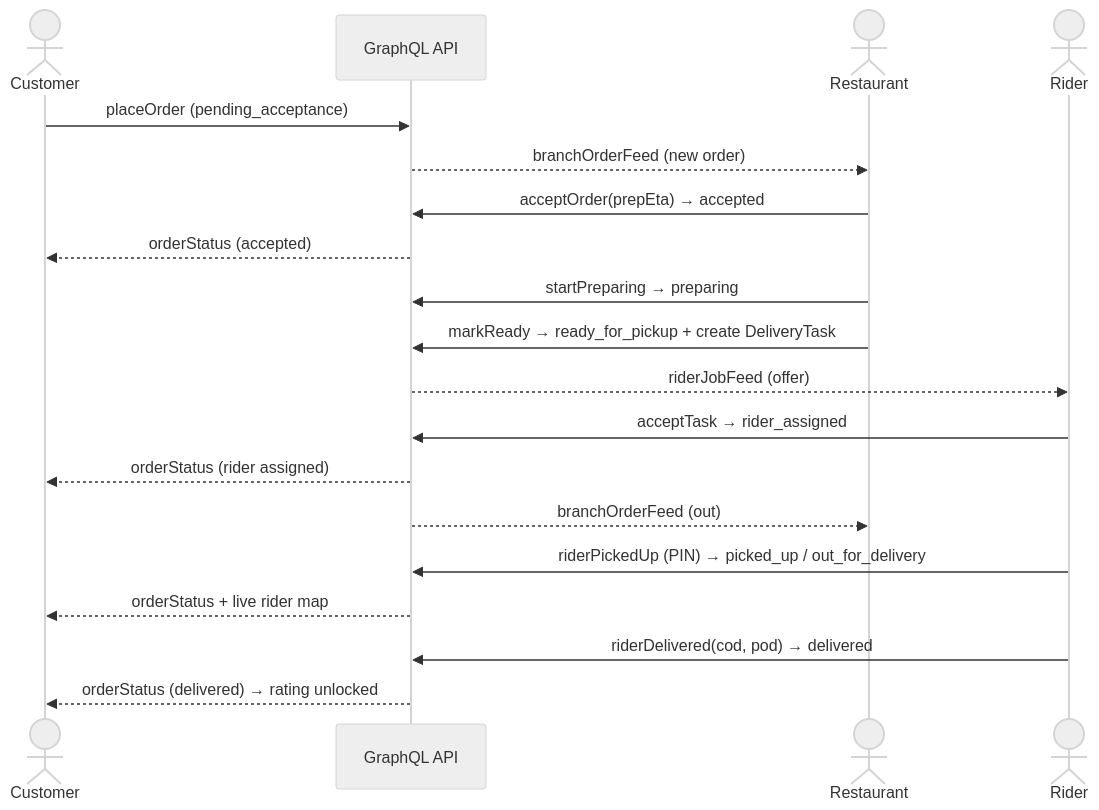
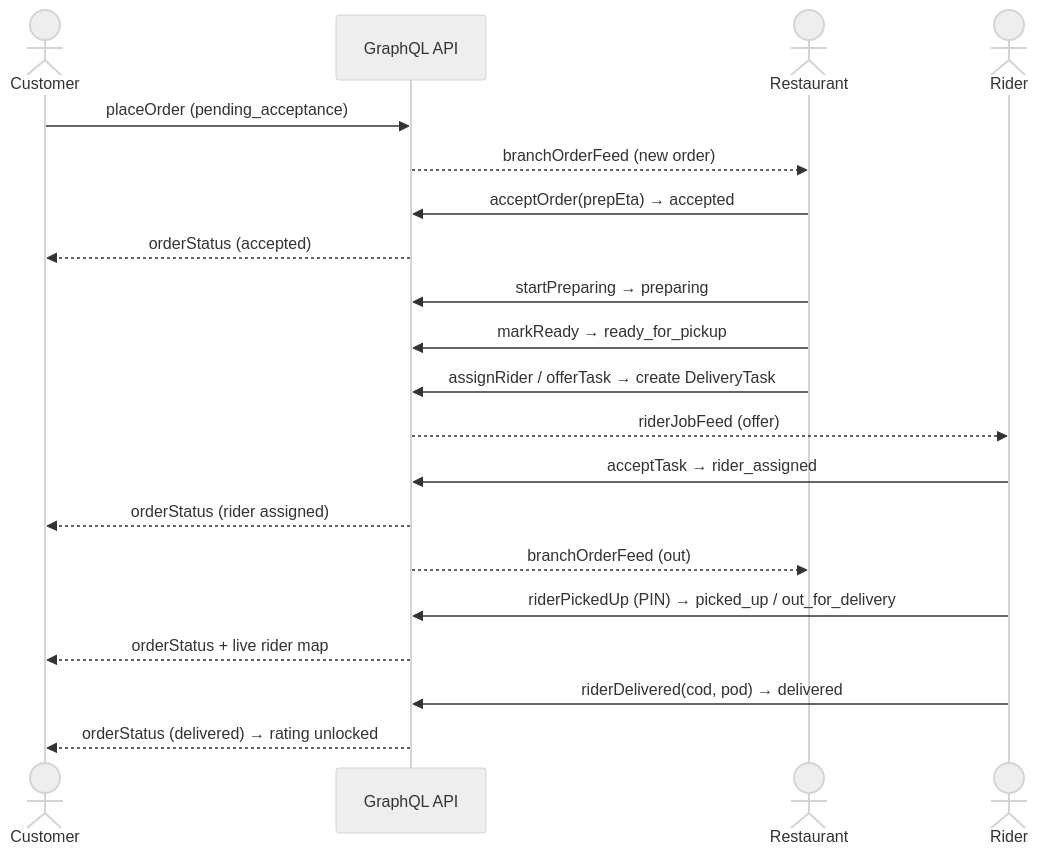
One commit to Hassanjkhan99/food-delivery changed the second of 2 diagrams in docs/flows/README.md. Above: the diagram before and after it, drawn with Mermaid (neutral theme). The commit also changed other lines of this file and 3 other files, not shown here.

First line of the commit message:
docs: correct flow-doc accuracy per Codex review on #201

````diff
--- a/docs/flows/README.md
+++ b/docs/flows/README.md
@@ -129,21 +131,22 @@
 ```mermaid
 sequenceDiagram
     actor C as Customer
     participant API as GraphQL API
     actor R as Restaurant
     actor D as Rider
     C->>API: placeOrder (pending_acceptance)
     API-->>R: branchOrderFeed (new order)
     R->>API: acceptOrder(prepEta) → accepted
     API-->>C: orderStatus (accepted)
     R->>API: startPreparing → preparing
-    R->>API: markReady → ready_for_pickup + create DeliveryTask
+    R->>API: markReady → ready_for_pickup
+    R->>API: assignRider / offerTask → create DeliveryTask
     API-->>D: riderJobFeed (offer)
     D->>API: acceptTask → rider_assigned
     API-->>C: orderStatus (rider assigned)
     API-->>R: branchOrderFeed (out)
     D->>API: riderPickedUp (PIN) → picked_up / out_for_delivery
     API-->>C: orderStatus + live rider map
     D->>API: riderDelivered(cod, pod) → delivered
     API-->>C: orderStatus (delivered) → rating unlocked
 ```
````
